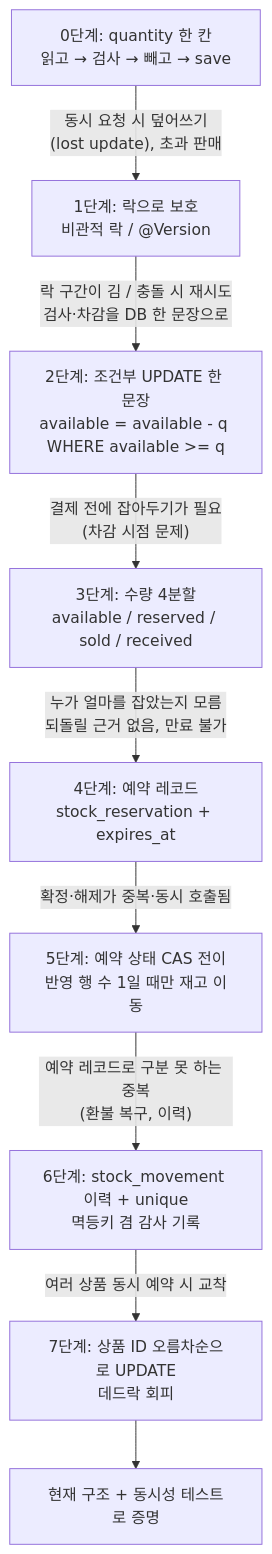
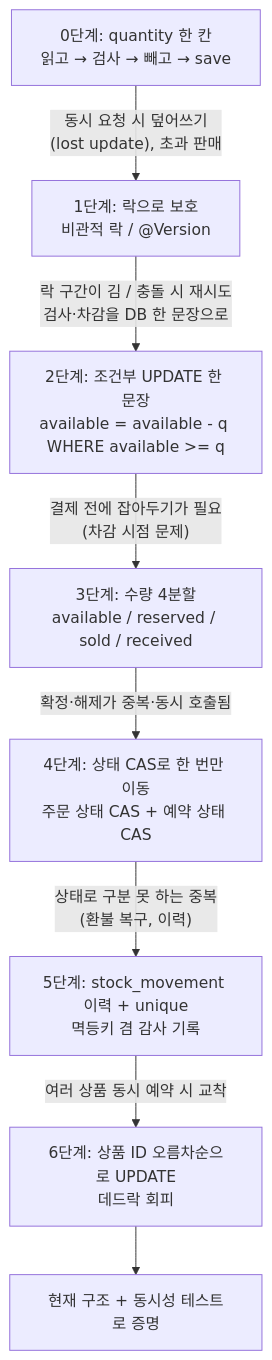
Before and after one commit to 95twan/myroutine-v2: the first of 2 diagrams in docs/02-design/08-stock-design-evolution.md, drawn with Mermaid. The commit also changed other lines of this file and 7 other files, not shown here.

````diff
--- a/docs/02-design/08-stock-design-evolution.md
+++ b/docs/02-design/08-stock-design-evolution.md
@@ -9,11 +9,10 @@
 ```mermaid
 flowchart TD
   S0["0단계: quantity 한 칸<br/>읽고 → 검사 → 빼고 → save"] -->|"동시 요청 시 덮어쓰기<br/>(lost update), 초과 판매"| S1
   S1["1단계: 락으로 보호<br/>비관적 락 / @Version"] -->|"락 구간이 김 / 충돌 시 재시도<br/>검사·차감을 DB 한 문장으로"| S2
   S2["2단계: 조건부 UPDATE 한 문장<br/>available = available - q WHERE available >= q"] -->|"결제 전에 잡아두기가 필요<br/>(차감 시점 문제)"| S3
-  S3["3단계: 수량 4분할<br/>available / reserved / sold / received"] -->|"누가 얼마를 잡았는지 모름<br/>되돌릴 근거 없음, 만료 불가"| S4
-  S4["4단계: 예약 레코드<br/>stock_reservation + expires_at"] -->|"확정·해제가 중복·동시 호출됨"| S5
-  S5["5단계: 예약 상태 CAS 전이<br/>반영 행 수 1일 때만 재고 이동"] -->|"예약 레코드로 구분 못 하는 중복<br/>(환불 복구, 이력)"| S6
-  S6["6단계: stock_movement 이력 + unique<br/>멱등키 겸 감사 기록"] -->|"여러 상품 동시 예약 시 교착"| S7
-  S7["7단계: 상품 ID 오름차순으로 UPDATE<br/>데드락 회피"] --> S8["현재 구조 + 동시성 테스트로 증명"]
+  S3["3단계: 수량 4분할<br/>available / reserved / sold / received"] -->|"확정·해제가 중복·동시 호출됨"| S4
+  S4["4단계: 상태 CAS로 한 번만 이동<br/>주문 상태 CAS + 예약 상태 CAS"] -->|"상태로 구분 못 하는 중복<br/>(환불 복구, 이력)"| S5
+  S5["5단계: stock_movement 이력 + unique<br/>멱등키 겸 감사 기록"] -->|"여러 상품 동시 예약 시 교착"| S6
+  S6["6단계: 상품 ID 오름차순으로 UPDATE<br/>데드락 회피"] --> S7["현재 구조 + 동시성 테스트로 증명"]
 ```
````
